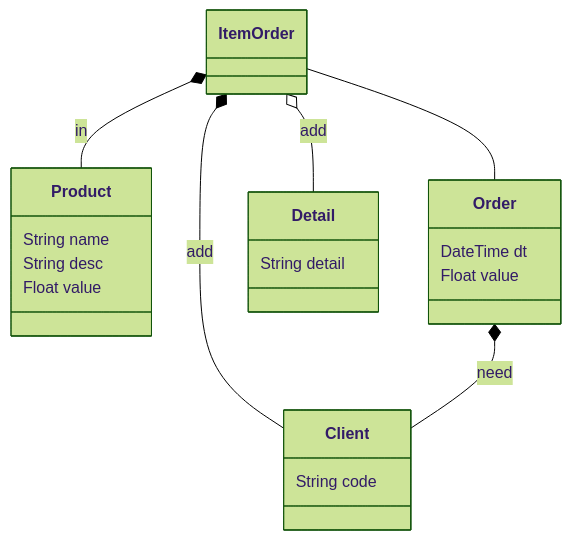
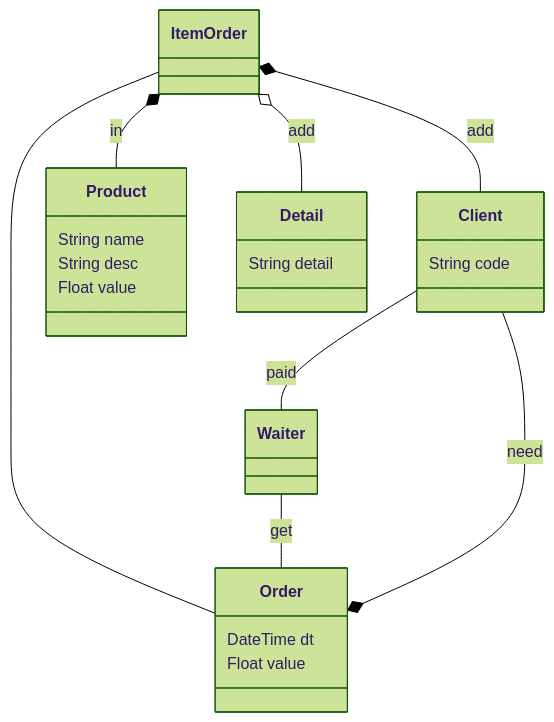
Before and after one commit to LocoUnPocoNadaMas/barcito: the second of 4 diagrams in README.md, drawn with Mermaid (forest theme). The commit also changed other lines of this file and 5 other files, not shown here.

````diff
--- a/README.md
+++ b/README.md
@@ -28,16 +28,17 @@
 ```mermaid
 classDiagram
 ItemOrder *-- Client : add
 ItemOrder *-- Product : in
 ItemOrder -- Order
 Order *-- Client : need
 ItemOrder o-- Detail : add
-
+Waiter -- Order : get
+Client -- Waiter : paid
 Order: DateTime dt
 Order: Float value
 Product: String name
 Product: String desc
 Product: Float value
 Detail: String detail
 Client: String code
 ```
````
